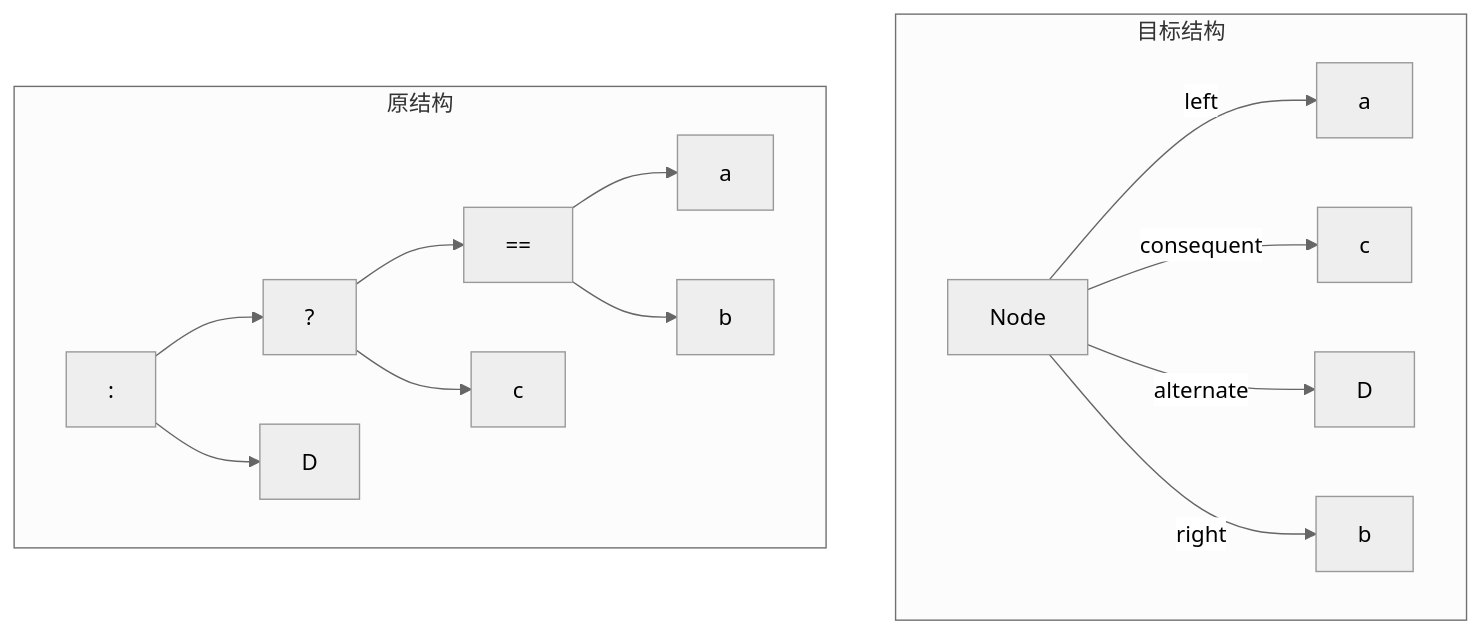
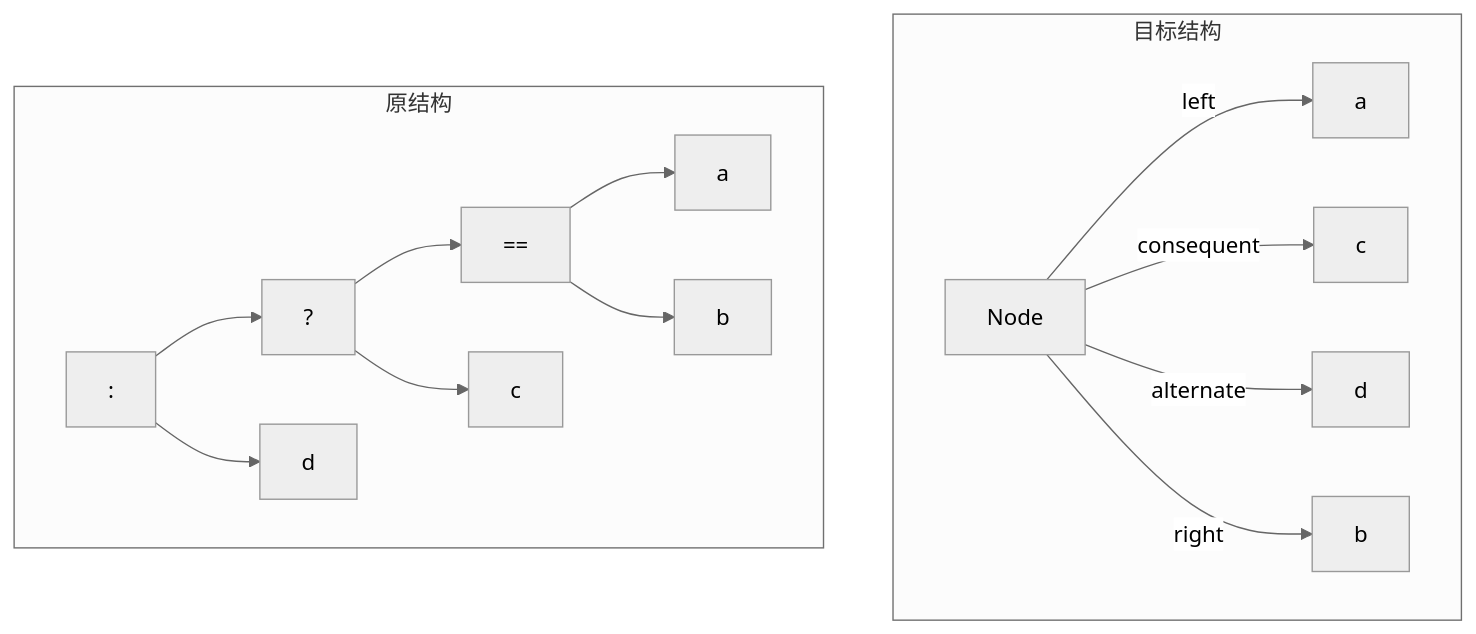
One commit to caoaolong/coding-soul-docs changed the second of 2 diagrams in docs/32.表达式解析.md. Above: the diagram before and after it, drawn with Mermaid (neutral theme). The commit also changed 1 other file, not shown here.

Commit message:
代码修改

````diff
--- a/docs/32.表达式解析.md
+++ b/docs/32.表达式解析.md
@@ -32,28 +32,28 @@
 ```mermaid
 graph TB;
 subgraph 目标结构
   A2["a"]
   B2["b"]
   C2["c"]
-  D2["D"]
+  D2["d"]
   N["Node"] -- "left" --> A2
   N["Node"] -- "consequent" --> C2
   N["Node"] -- "alternate" --> D2
   N["Node"] -- "right" --> B2
   end
 subgraph 原结构
   A[":"]
   B["?"]
   C["=="]
   A1["a"]
   B1["b"]
   C1["c"]
-  D1["D"]
+  D1["d"]
   A --> B
   A --> D1
   B --> C
   B --> C1
   C --> A1
   C --> B1
   end
 ```
````
